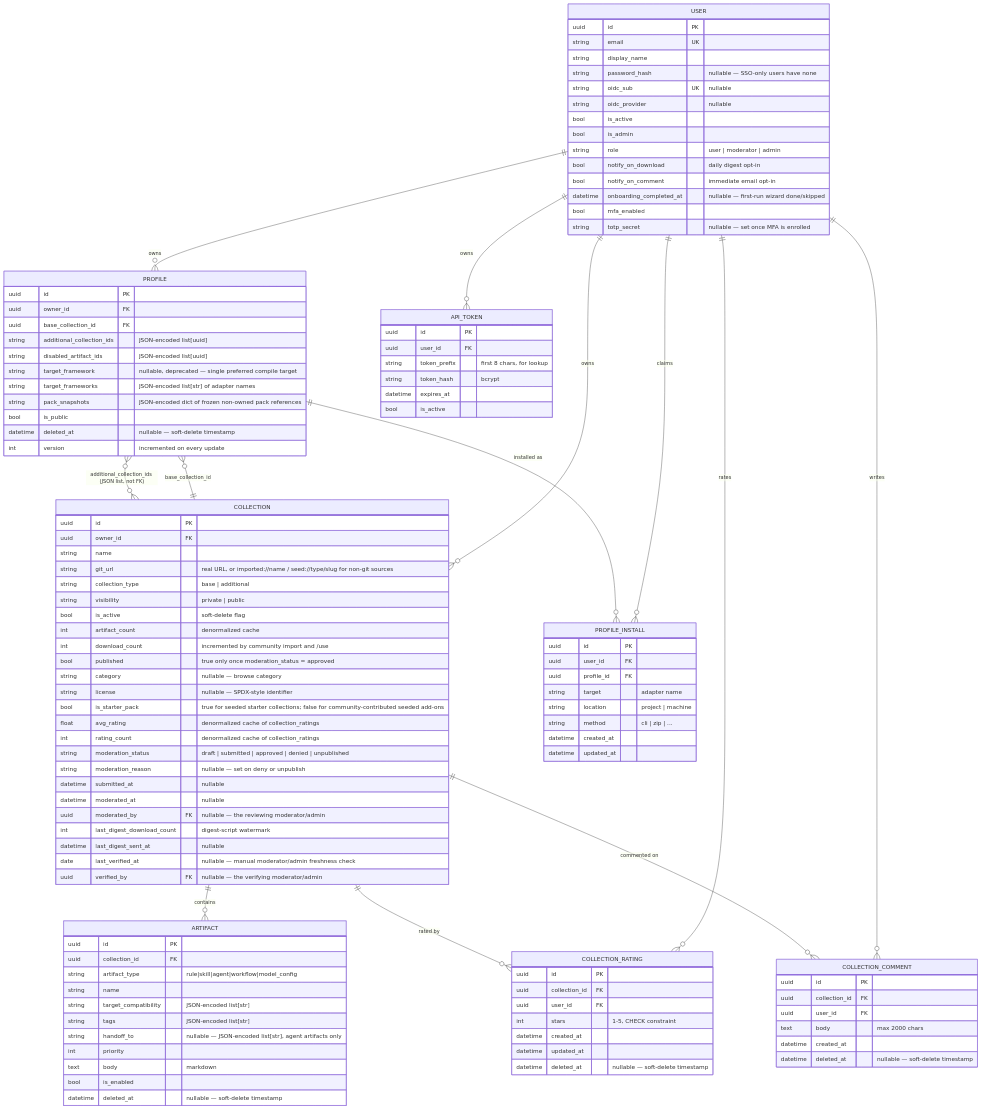
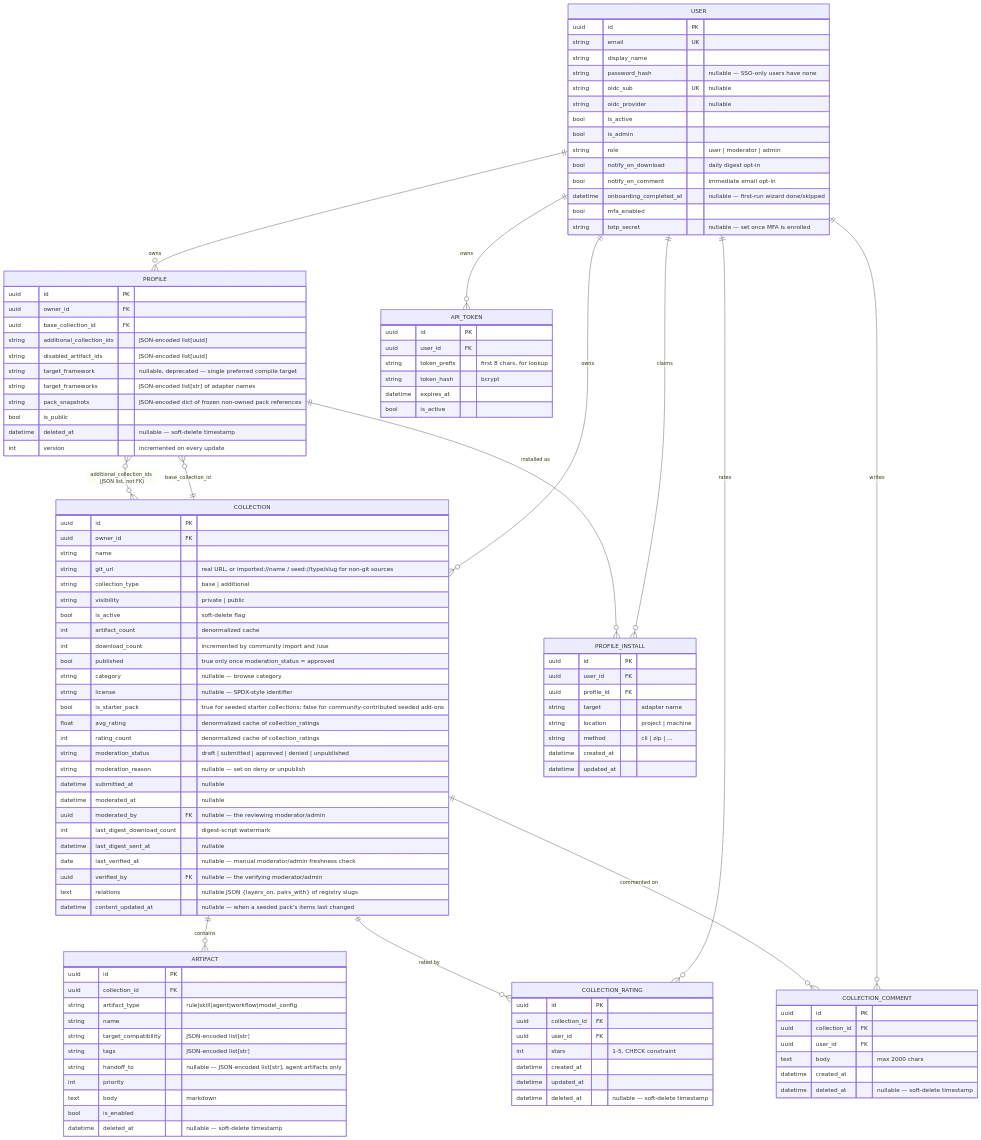
One commit to niels-emmer/myace changed the diagram in docs/data-model.md. Above: the diagram before and after it, drawn with Mermaid. The commit also changed other lines of this file and 35 other files, not shown here.

First line of the commit message:
feat: pack relations, Preview install tab, library discovery, reconcile --update-metadata (#240)

```diff
--- a/docs/data-model.md
+++ b/docs/data-model.md
@@ -63,6 +63,8 @@
         datetime last_digest_sent_at "nullable"
         date last_verified_at "nullable — manual moderator/admin freshness check"
         uuid verified_by FK "nullable — the verifying moderator/admin"
+        text relations "nullable JSON {layers_on, pairs_with} of registry slugs"
+        datetime content_updated_at "nullable — when a seeded pack's items last changed"
     }
     ARTIFACT {
         uuid id PK
```
